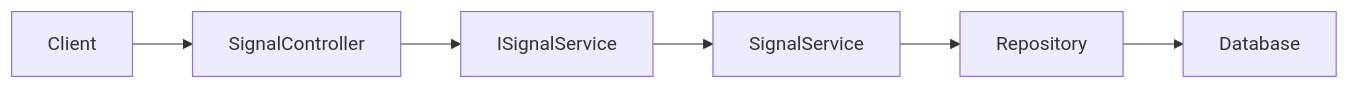
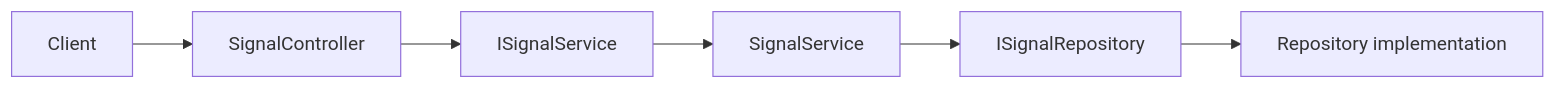
The diagram in docs/APPLICATION_SERVICES.md (krishnaramesh-26/QuasarQuant), drawn with Mermaid before and after one commit. The commit also changed other lines of this file and 9 other files, not shown here.

````diff
--- a/docs/APPLICATION_SERVICES.md
+++ b/docs/APPLICATION_SERVICES.md
@@ -13,8 +7,8 @@
 ```mermaid
 flowchart LR
     Client --> SignalController
     SignalController --> ISignalService
     ISignalService --> SignalService
-    SignalService --> Repository
-    Repository --> Database
+    SignalService --> ISignalRepository
+    ISignalRepository --> Repository[Repository implementation]
 ```
````
